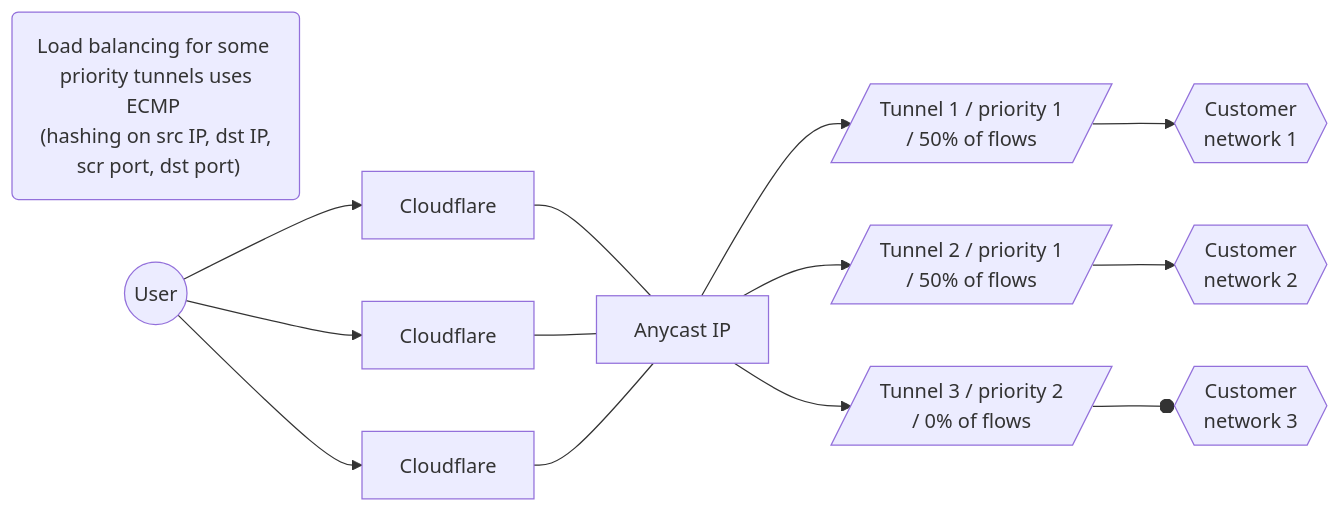
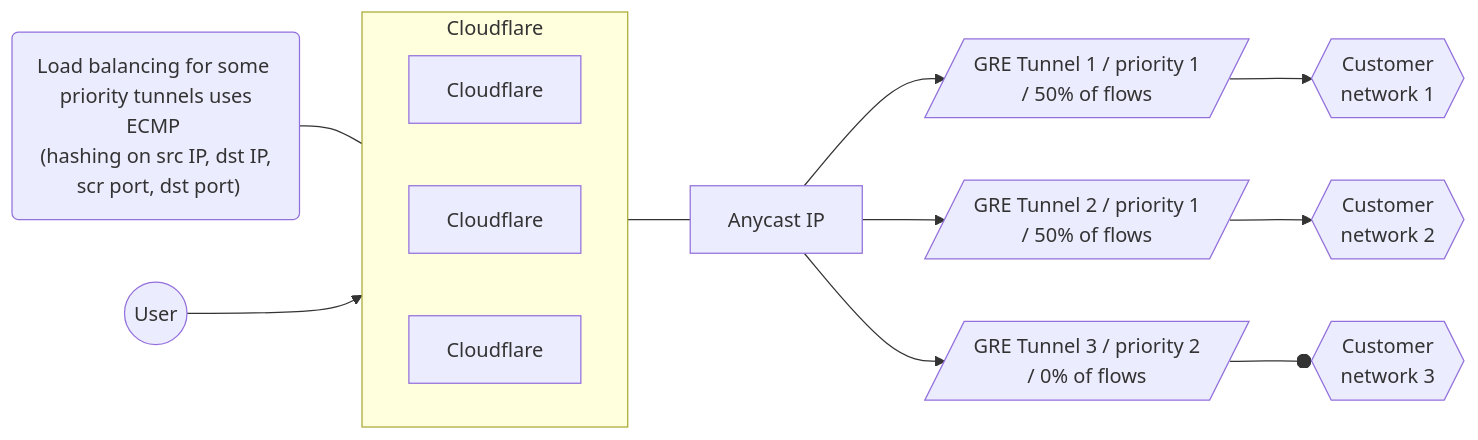
One commit to cloudflare/cloudflare-docs changed the second of 4 diagrams in content/magic-wan/reference/traffic-steering.md. Above: the diagram before and after it, drawn with Mermaid. The commit also changed other lines of this file, not shown here.

Commit message:
corrected charts

````diff
--- a/content/magic-wan/reference/traffic-steering.md
+++ b/content/magic-wan/reference/traffic-steering.md
@@ -56,10 +65,18 @@
 ```mermaid
 flowchart LR
 accTitle: Tunnels diagram
 accDescr: This example has three tunnel routes, with traffic equally distributed across two paths.
-D("Load balancing for some <br> priority tunnels uses ECMP <br> (hashing on src IP, dst IP, <br> scr port, dst port)")
-A((User)) --> B[Cloudflare] & x[Cloudflare] & z[Cloudflare] --- C[Anycast IP]
-C[Anycast IP] --> E[/Tunnel 1 / priority 1 <br> / 50% of flows/] --> H{{Customer <br> network 1}}
-C[Anycast IP] --> F[/Tunnel 2 / priority 1 <br> / 50% of flows/] --> I{{Customer <br> network 2}}
-C[Anycast IP] --> G[/Tunnel 3 / priority 2 <br> / 0% of flows/] --o J{{Customer <br> network 3}}
+
+subgraph Cloudflare
+direction LR
+B[Cloudflare]
+C[Cloudflare]
+D[Cloudflare]
+end
+
+Z("Load balancing for some <br> priority tunnels uses ECMP <br> (hashing on src IP, dst IP, <br> scr port, dst port)") --- Cloudflare
+A((User)) --> Cloudflare --- E[Anycast IP]
+E[Anycast IP] --> F[/GRE Tunnel 1 / priority 1 <br> / 50% of flows/] --> I{{Customer <br> network 1}}
+E[Anycast IP] --> G[/GRE Tunnel 2 / priority 1 <br> / 50% of flows/] --> J{{Customer <br> network 2}}
+E[Anycast IP] --> H[/GRE Tunnel 3 / priority 2 <br> / 0% of flows/] --o K{{Customer <br> network 3}}
 ```
````
